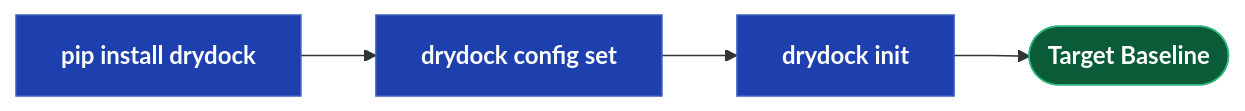
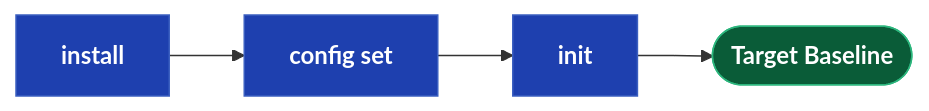
Before and after one commit to webcloudstudio/Drydock: the second of 10 diagrams in docs/Drydock_Specification.md, drawn with Mermaid. The commit also changed other lines of this file and 2 other files, not shown here.

````diff
--- a/docs/Drydock_Specification.md
+++ b/docs/Drydock_Specification.md
@@ -243,9 +253,13 @@
 ```mermaid
 flowchart LR
   classDef dir    fill:#0a5c38,stroke:#2cb67d,color:#fff,font-weight:bold
+  classDef md     fill:#d4a017,stroke:#a07810,color:#111,font-weight:bold
   classDef script fill:#1e40af,stroke:#3b5fc0,color:#fff,font-weight:bold
+  classDef prompt fill:#c2410c,stroke:#ea580c,color:#fff,font-weight:bold
+  classDef output fill:#6d28d9,stroke:#8b5cf6,color:#fff,font-weight:bold
+  classDef web    fill:#be123c,stroke:#fb7185,color:#fff,font-weight:bold
 
-  INSTALL["pip install drydock"]:::script --> CONFIG["drydock config set"]:::script
-  CONFIG --> INIT["drydock init"]:::script
+  INSTALL["install"]:::script --> CONFIG["config set"]:::script
+  CONFIG --> INIT["init"]:::script
   INIT --> TARGET(["Target Baseline"]):::dir
 ```
````
